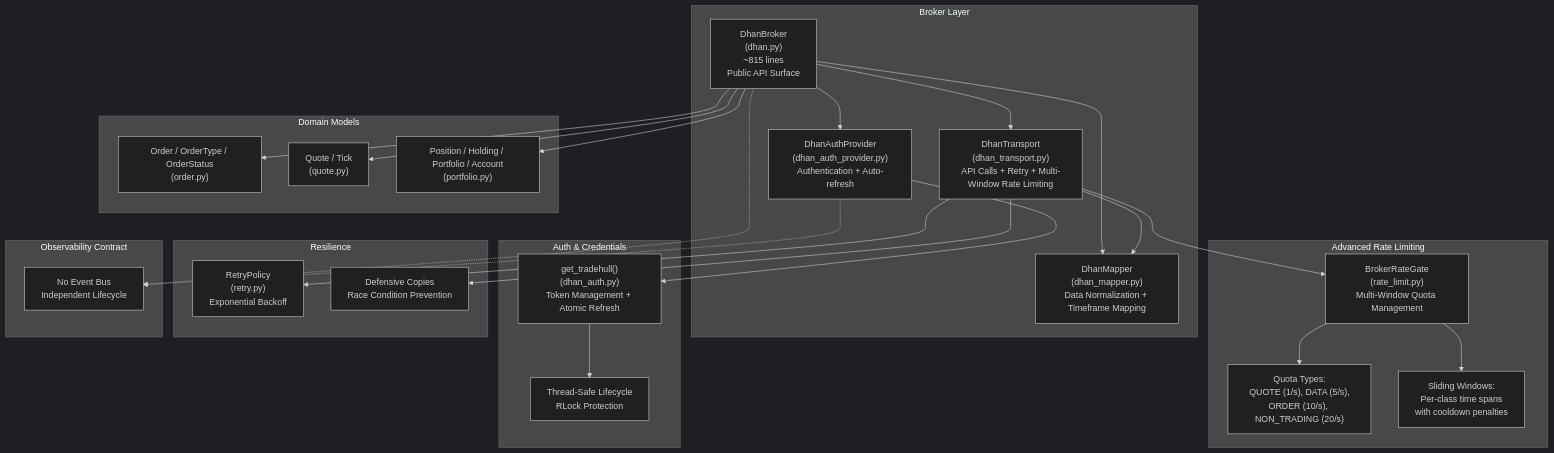
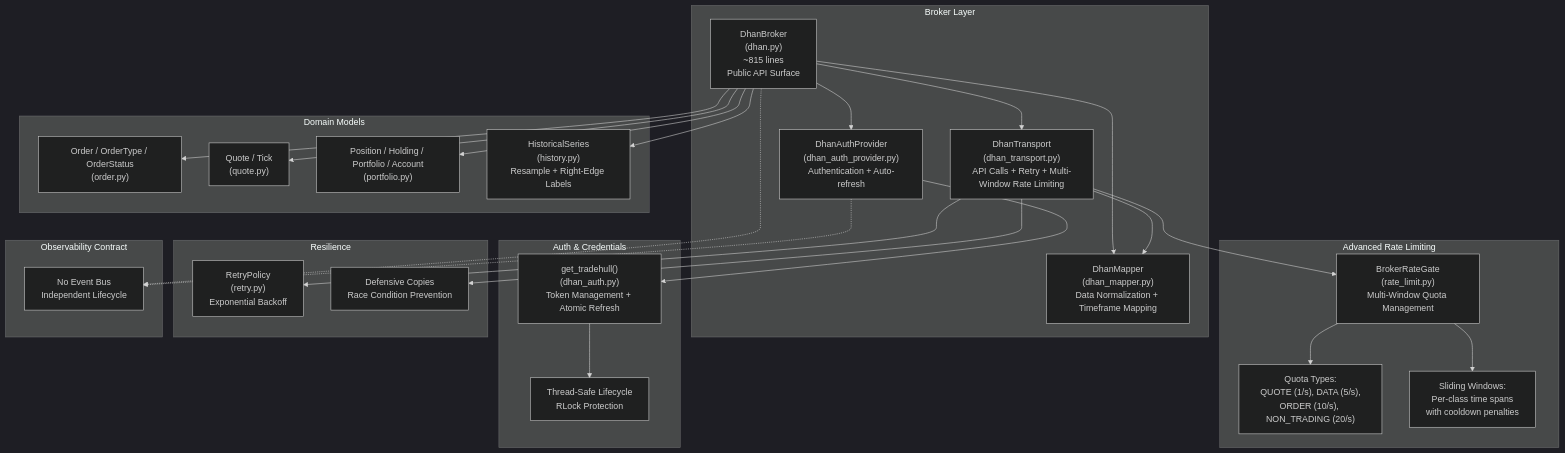
One commit to Ganesh-Kusundal/nTrade changed the first of 17 diagrams in .qoder/repowiki/en/content/Broker Integration/Dhan Broker Implementation.md. Above: the diagram before and after it, drawn with Mermaid (dark theme). The commit also changed other lines of this file and 2201 other files, not shown here.

Commit message:
Integrate completeness: live runner hardening, broker adapter layers, rate-limiting infrastructure, data pipeline (parquet OHLCV + ingestion scripts), contract testing framework, options analytics, and updated architecture/knowledge docs

````diff
--- a/.qoder/repowiki/en/content/Broker Integration/Dhan Broker Implementation.md
+++ b/.qoder/repowiki/en/content/Broker Integration/Dhan Broker Implementation.md
@@ -61,46 +67,48 @@
 ```mermaid
 graph TB
 subgraph "Broker Layer"
 A["DhanBroker<br/>(dhan.py)<br/>~815 lines<br/>Public API Surface"]
 B["DhanAuthProvider<br/>(dhan_auth_provider.py)<br/>Authentication + Auto-refresh"]
 C["DhanTransport<br/>(dhan_transport.py)<br/>API Calls + Retry + Multi-Window Rate Limiting"]
 D["DhanMapper<br/>(dhan_mapper.py)<br/>Data Normalization + Timeframe Mapping"]
 end
 subgraph "Advanced Rate Limiting"
 E["BrokerRateGate<br/>(rate_limit.py)<br/>Multi-Window Quota Management"]
 F["Quota Types:<br/>QUOTE (1/s), DATA (5/s),<br/>ORDER (10/s), NON_TRADING (20/s)"]
 G["Sliding Windows:<br/>Per-class time spans<br/>with cooldown penalties"]
 end
 subgraph "Auth & Credentials"
 H["get_tradehull()<br/>(dhan_auth.py)<br/>Token Management + Atomic Refresh"]
 I["Thread-Safe Lifecycle<br/>RLock Protection"]
 end
 subgraph "Domain Models"
 J["Order / OrderType / OrderStatus<br/>(order.py)"]
 K["Quote / Tick<br/>(quote.py)"]
 L["Position / Holding / Portfolio / Account<br/>(portfolio.py)"]
+M["HistoricalSeries<br/>(history.py)<br/>Resample + Right-Edge Labels"]
 end
 subgraph "Resilience"
-M["RetryPolicy<br/>(retry.py)<br/>Exponential Backoff"]
-N["Defensive Copies<br/>Race Condition Prevention"]
+N["RetryPolicy<br/>(retry.py)<br/>Exponential Backoff"]
+O["Defensive Copies<br/>Race Condition Prevention"]
 end
 subgraph "Observability Contract"
-O["No Event Bus<br/>Independent Lifecycle"]
+P["No Event Bus<br/>Independent Lifecycle"]
 end
 A --> B
 A --> C
 A --> D
 B --> H
 C --> D
 C --> E
-C --> M
+C --> N
 A --> J
 A --> K
 A --> L
-A -.-> O
-B -.-> O
+A --> M
+A -.-> P
+B -.-> P
 E --> F
 E --> G
 H --> I
-C --> N
+C --> O
 ```
````
